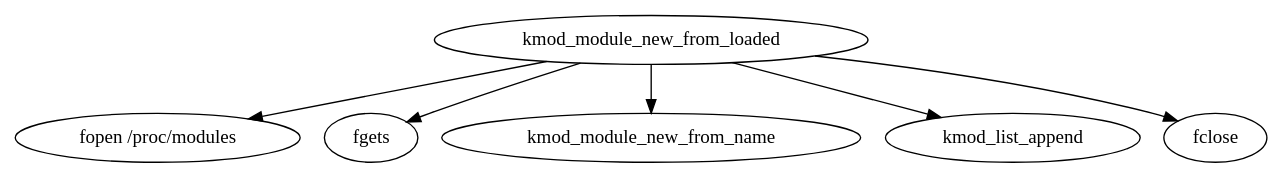
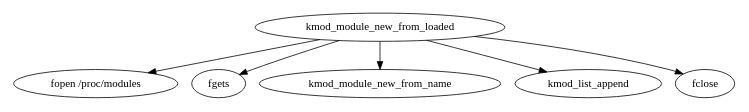
The diagram in pdf/figures/kmod_module_new_from_loaded.dot (limingth/comment-subs), drawn with Graphviz before and after one commit. The commit also changed 71 other files, not shown here.

```diff
--- a/pdf/figures/kmod_module_new_from_loaded.dot
+++ b/pdf/figures/kmod_module_new_from_loaded.dot
@@ -1,8 +1,9 @@
 digraph G
 {
+	size = "7.5 7.5"
 	kmod_module_new_from_loaded -> "fopen /proc/modules"
 	kmod_module_new_from_loaded -> "fgets"
 	kmod_module_new_from_loaded -> "kmod_module_new_from_name"
 	kmod_module_new_from_loaded -> "kmod_list_append"
 	kmod_module_new_from_loaded -> "fclose"
 }
```
